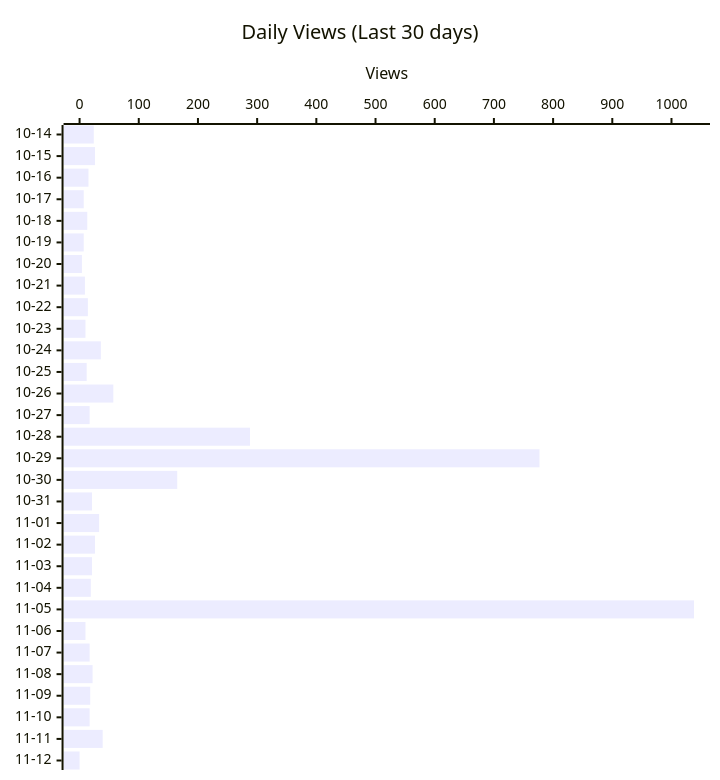
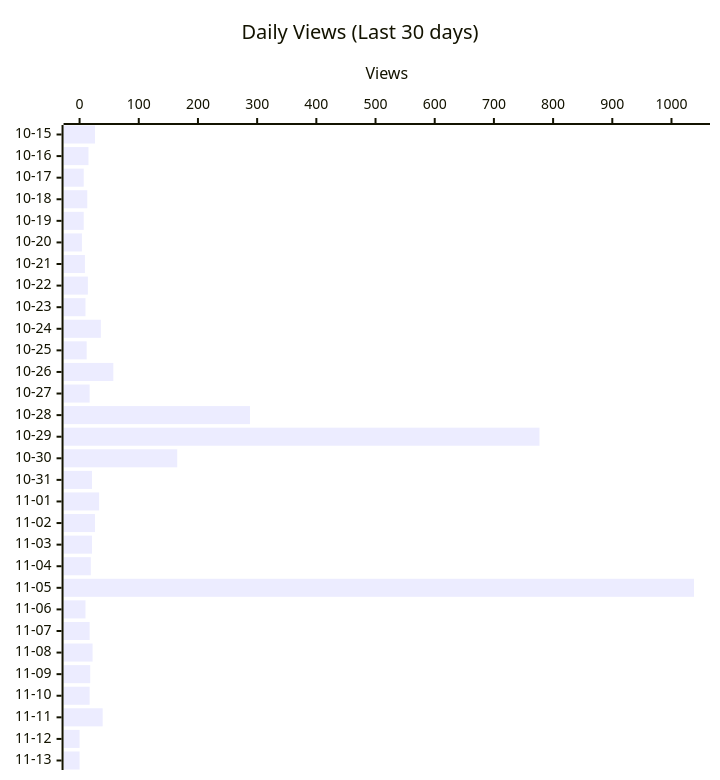
Before and after one commit to shigechika/github-insights: the second of 4 diagrams in README.md, drawn with Mermaid. The commit also changed other lines of this file and 1 other file, not shown here.

````diff
--- a/README.md
+++ b/README.md
@@ -28,12 +28,12 @@
 ```mermaid
 ---
 config:
   xyChart:
     height: 760
 ---
 xychart-beta horizontal
     title "Daily Views (Last 30 days)"
-    x-axis ["10-14", "10-15", "10-16", "10-17", "10-18", "10-19", "10-20", "10-21", "10-22", "10-23", "10-24", "10-25", "10-26", "10-27", "10-28", "10-29", "10-30", "10-31", "11-01", "11-02", "11-03", "11-04", "11-05", "11-06", "11-07", "11-08", "11-09", "11-10", "11-11", "11-12"]
+    x-axis ["10-15", "10-16", "10-17", "10-18", "10-19", "10-20", "10-21", "10-22", "10-23", "10-24", "10-25", "10-26", "10-27", "10-28", "10-29", "10-30", "10-31", "11-01", "11-02", "11-03", "11-04", "11-05", "11-06", "11-07", "11-08", "11-09", "11-10", "11-11", "11-12", "11-13"]
     y-axis "Views"
-    bar [24, 26, 15, 7, 13, 7, 4, 9, 14, 10, 36, 12, 57, 17, 288, 777, 165, 21, 33, 26, 21, 19, 1038, 10, 17, 22, 18, 17, 39, 0]
+    bar [26, 15, 7, 13, 7, 4, 9, 14, 10, 36, 12, 57, 17, 288, 777, 165, 21, 33, 26, 21, 19, 1038, 10, 17, 22, 18, 17, 39, 0, 0]
 ```
````
